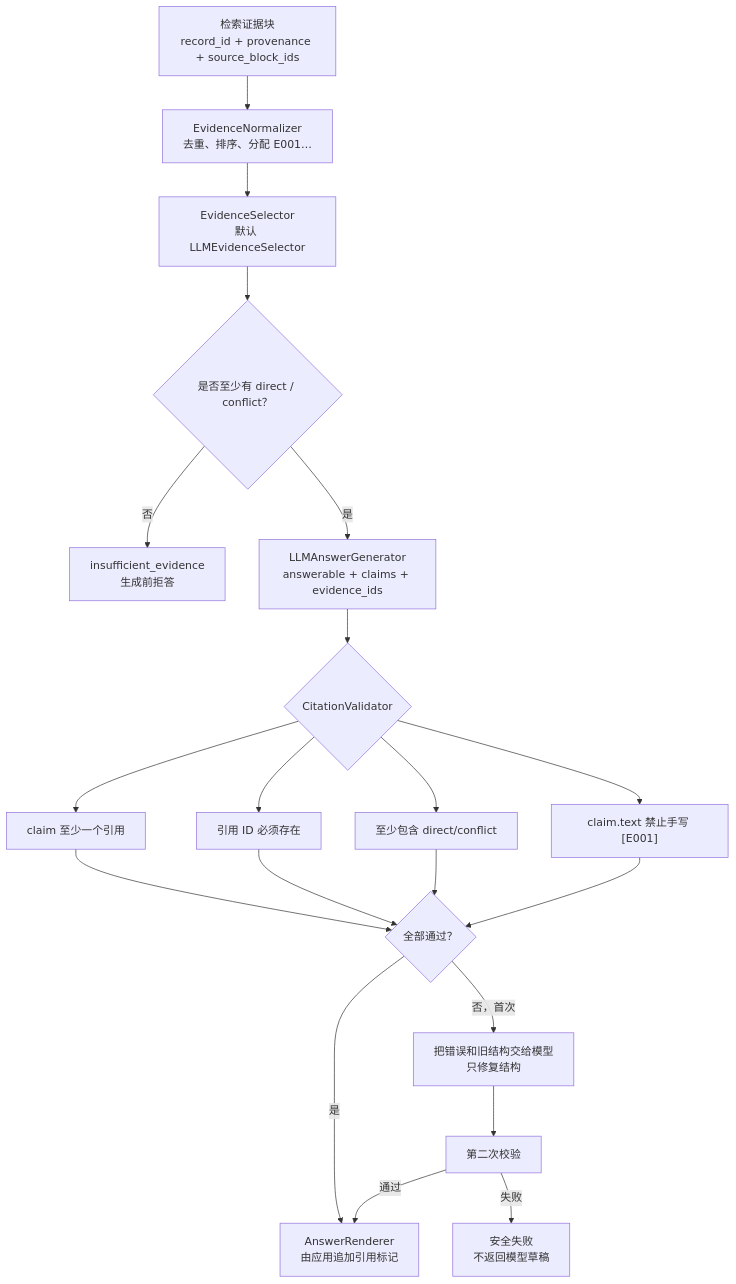
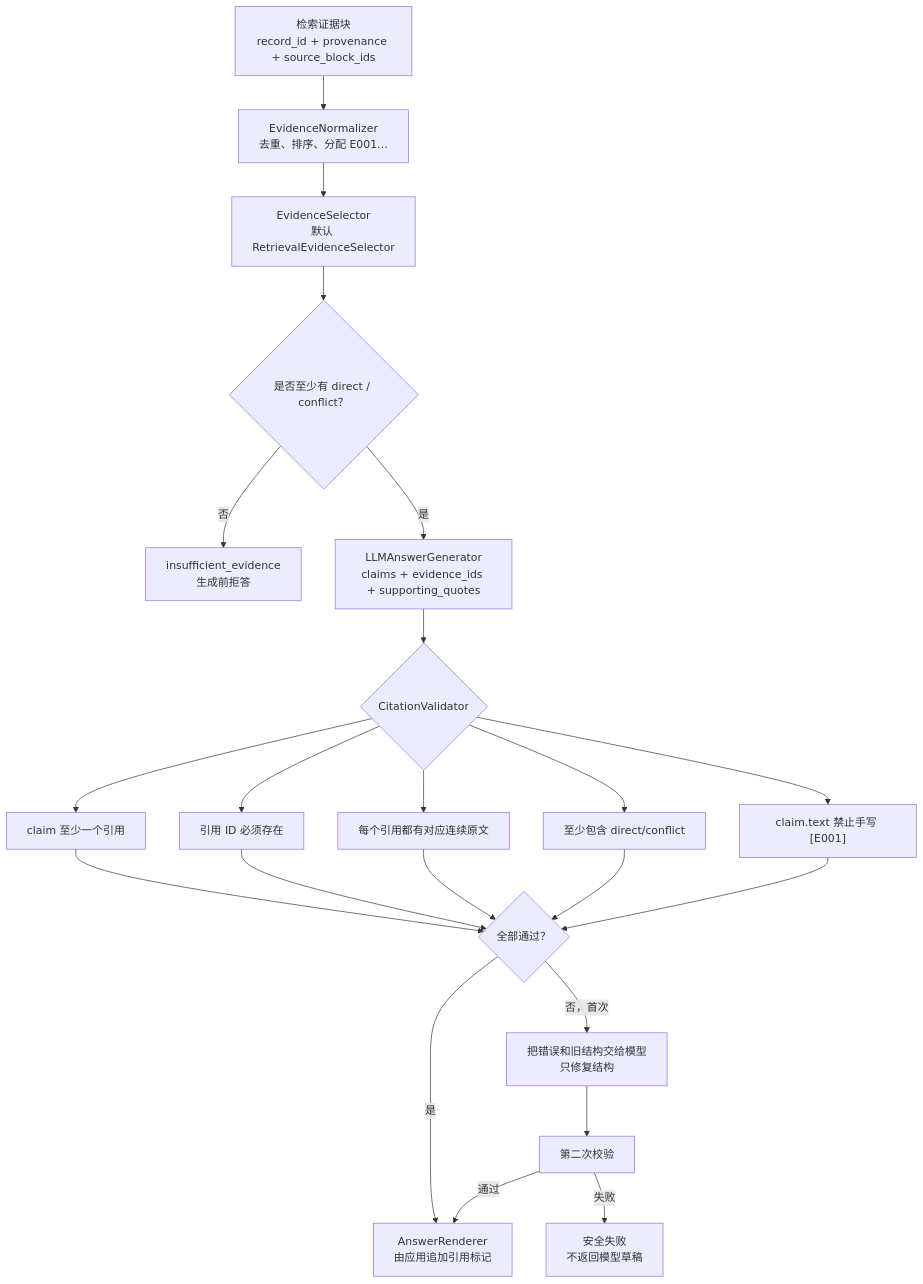
One commit to xyf966/RAG-PIXEL changed the second of 2 diagrams in 引用层测试结果/引用层方法与测试总览_20260831.md. Above: the diagram before and after it, drawn with Mermaid. The commit also changed other lines of this file and 18 other files, not shown here.

````diff
--- a/引用层测试结果/引用层方法与测试总览_20260831.md
+++ b/引用层测试结果/引用层方法与测试总览_20260831.md
@@ -50,22 +50,24 @@
 ```mermaid
 flowchart TD
     EVIDENCE["检索证据块<br/>record_id + provenance + source_block_ids"] --> IDS["EvidenceNormalizer<br/>去重、排序、分配 E001…"]
-    IDS --> FILTER["EvidenceSelector<br/>默认 LLMEvidenceSelector"]
+    IDS --> FILTER["EvidenceSelector<br/>默认 RetrievalEvidenceSelector"]
     FILTER --> DIRECT{"是否至少有 direct / conflict？"}
     DIRECT -->|否| INSUFFICIENT["insufficient_evidence<br/>生成前拒答"]
-    DIRECT -->|是| DRAFT["LLMAnswerGenerator<br/>answerable + claims + evidence_ids"]
+    DIRECT -->|是| DRAFT["LLMAnswerGenerator<br/>claims + evidence_ids + supporting_quotes"]
     DRAFT --> VALIDATE{"CitationValidator"}
     VALIDATE --> CHECK1["claim 至少一个引用"]
     VALIDATE --> CHECK2["引用 ID 必须存在"]
-    VALIDATE --> CHECK3["至少包含 direct/conflict"]
-    VALIDATE --> CHECK4["claim.text 禁止手写 [E001]"]
+    VALIDATE --> CHECK3["每个引用都有对应连续原文"]
+    VALIDATE --> CHECK4["至少包含 direct/conflict"]
+    VALIDATE --> CHECK5["claim.text 禁止手写 [E001]"]
     CHECK1 --> RESULT{"全部通过？"}
     CHECK2 --> RESULT
     CHECK3 --> RESULT
     CHECK4 --> RESULT
+    CHECK5 --> RESULT
     RESULT -->|是| APP["AnswerRenderer<br/>由应用追加引用标记"]
     RESULT -->|否，首次| REPAIR["把错误和旧结构交给模型<br/>只修复结构"]
     REPAIR --> VALIDATE2["第二次校验"]
     VALIDATE2 -->|通过| APP
     VALIDATE2 -->|失败| CLOSED["安全失败<br/>不返回模型草稿"]
 ```
````
